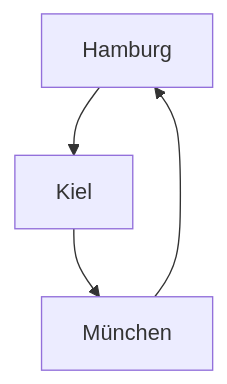
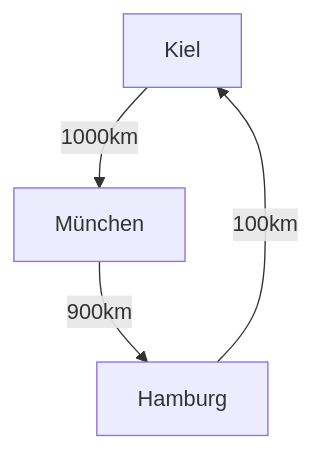
The diagram in 01 Informatik/AlgoDat/Vorlesungsmitschriften/AlgoDat - 16.01.2025.md (Raindancer118/NakObsidian), drawn with Mermaid before and after one commit. The commit also changed 2 other files, not shown here.

Commit message:
Raindancer118 - Obsidian Manual Upload from HolyNotebook: 2025-01-16 13:13:49 3 changed.
Affected files:
01 Informatik/AlgoDat/Bruteforce.md
01 Informatik/AlgoDat/Erschöpfende Suche.md
01 Informatik/AlgoDat/Vorlesungsmitschriften/AlgoDat - 16.01.2025.md

````diff
--- a/01 Informatik/AlgoDat/Vorlesungsmitschriften/AlgoDat - 16.01.2025.md
+++ b/01 Informatik/AlgoDat/Vorlesungsmitschriften/AlgoDat - 16.01.2025.md
@@ -24,6 +24,6 @@
 ```mermaid
 graph TD
-B[Hamburg] --> A[Kiel]
-C[München] --> B
-A --> C
+A -->|1000km| C
+C[München] -->|900km| B
+B[Hamburg] -->|100km| A[Kiel]
 ```
````
